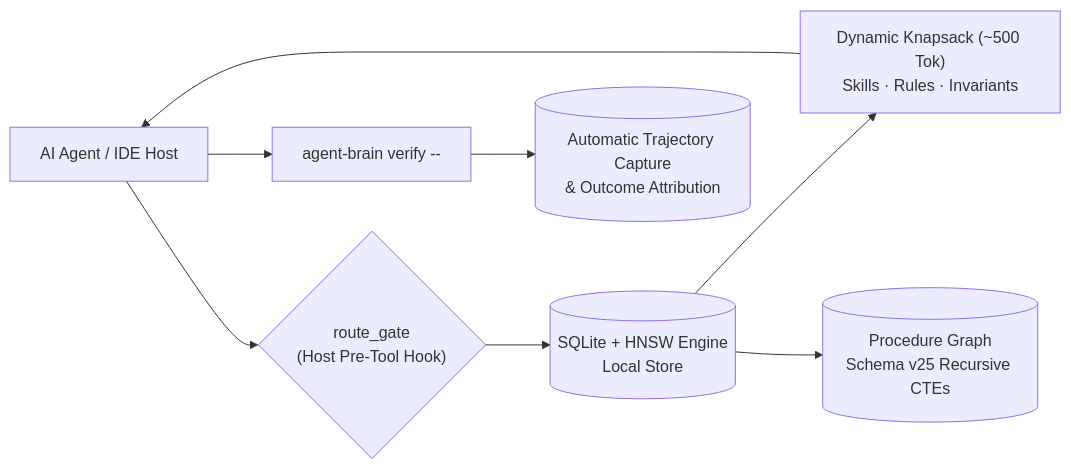
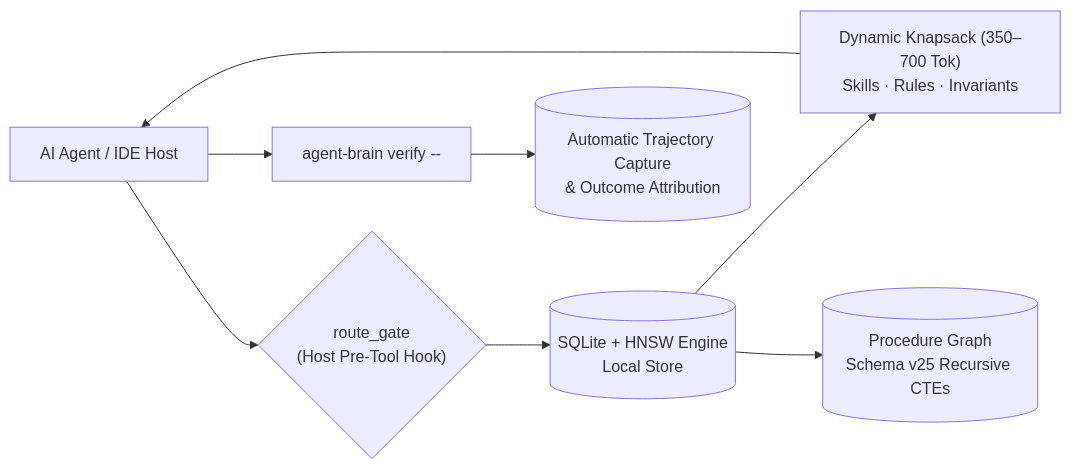
The diagram in README.md (autonomic-ai-dev/agent-brain), drawn with Mermaid before and after one commit. The commit also changed other lines of this file and 1 other file, not shown here.

Commit message:
docs: remove unverified claims from README and CONTEXT, correct CLI reference

````diff
--- a/README.md
+++ b/README.md
@@ -16,10 +16,10 @@
 ```mermaid
 flowchart LR
     Host["AI Agent / IDE Host"] --> Gate{"route_gate<br/>(Host Pre-Tool Hook)"}
     Gate --> Engine[("SQLite + HNSW Engine<br/>Local Store")]
-    Engine --> Context["Dynamic Knapsack (~500 Tok)<br/>Skills · Rules · Invariants"]
+    Engine --> Context["Dynamic Knapsack (350–700 Tok)<br/>Skills · Rules · Invariants"]
     Engine --> Graph[("Procedure Graph<br/>Schema v25 Recursive CTEs")]
     Context --> Host
     Host --> Verify["agent-brain verify -- <cmd>"]
     Verify --> Trajectory[("Automatic Trajectory Capture<br/>& Outcome Attribution")]
 ```
````
